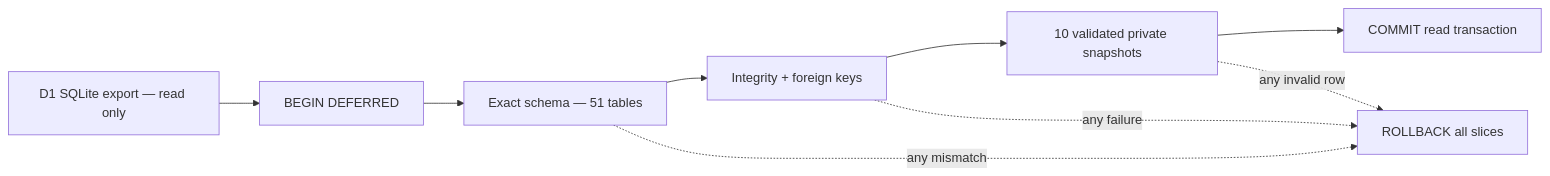
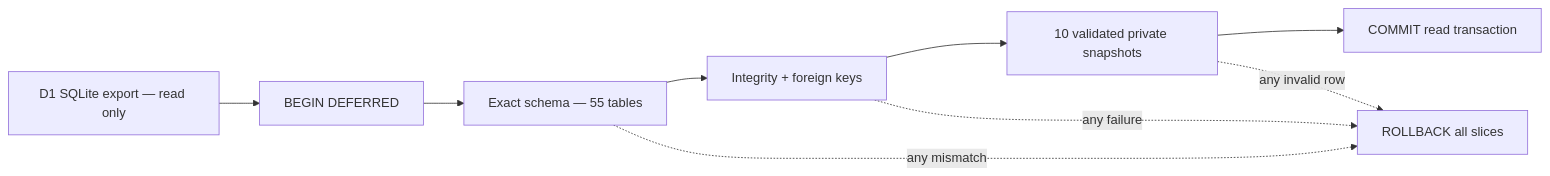
The diagram in docs/postgresql-full-source-snapshot-contract.md (talstilkol/connect), drawn with Mermaid before and after one commit. The commit also changed other lines of this file and 25 other files, not shown here.

````diff
--- a/docs/postgresql-full-source-snapshot-contract.md
+++ b/docs/postgresql-full-source-snapshot-contract.md
@@ -18,11 +18,11 @@
 ```mermaid
 flowchart LR
   Export["D1 SQLite export — read only"] --> Begin["BEGIN DEFERRED"]
-  Begin --> Schema["Exact schema — 51 tables"]
+  Begin --> Schema["Exact schema — 55 tables"]
   Schema --> Integrity["Integrity + foreign keys"]
   Integrity --> Slices["10 validated private snapshots"]
   Slices --> Commit["COMMIT read transaction"]
   Schema -. "any mismatch" .-> Rollback["ROLLBACK all slices"]
   Integrity -. "any failure" .-> Rollback
   Slices -. "any invalid row" .-> Rollback
 ```
````
